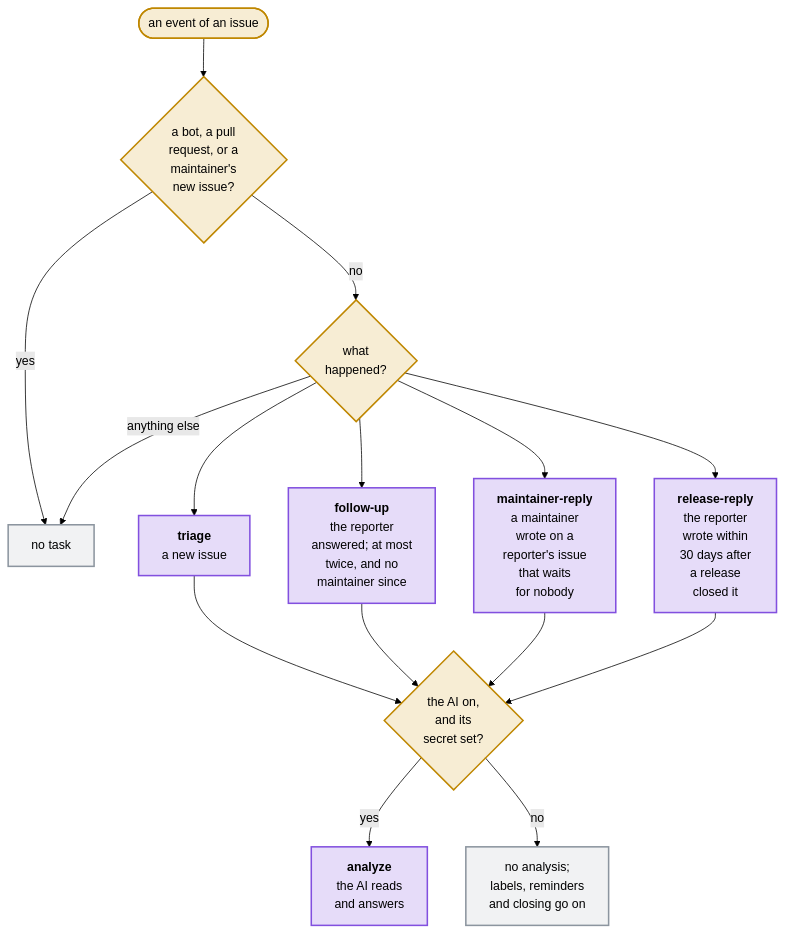
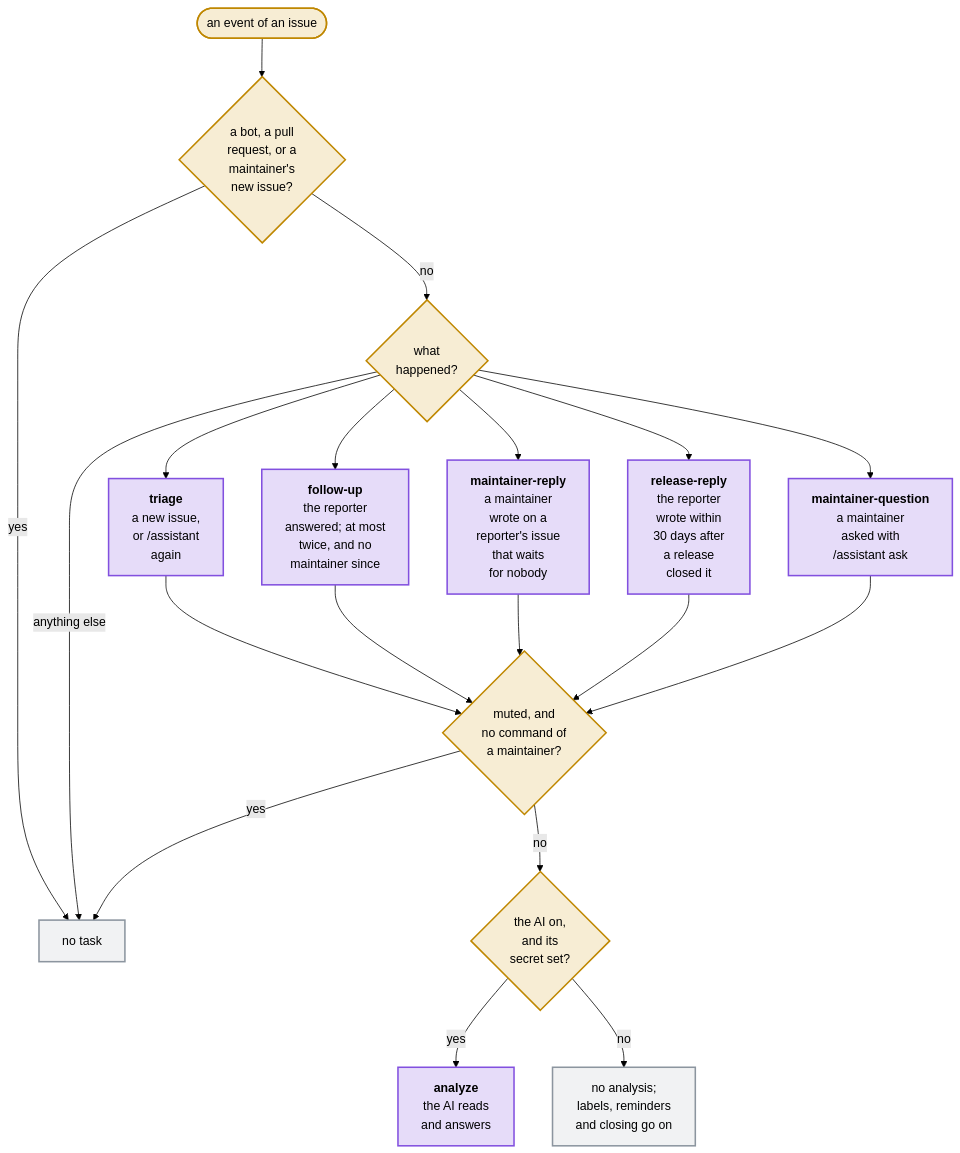
The diagram in docs/diagrams/which-task-an-event-of-an-issue-gives-the-ai.mmd (Dennis-Otto/issue-assistant), drawn with Mermaid (forest theme) before and after one commit. The commit also changed 27 other files, not shown here.

```diff
--- a/docs/diagrams/which-task-an-event-of-an-issue-gives-the-ai.mmd
+++ b/docs/diagrams/which-task-an-event-of-an-issue-gives-the-ai.mmd
@@ -1,22 +1,25 @@
 flowchart TB
   accTitle: Which task an event of an issue gives the AI
-  accDescr: An event of a bot, on a pull request, or a new issue that a maintainer opened gives the AI no task. Otherwise, a new issue gives it triage. An answer of the reporter to the assistant's questions gives it follow-up, at most twice and only while no maintainer joined the conversation since the questions. A comment of a maintainer on a reporter's issue that waits for nobody gives it maintainer-reply. A comment of the reporter within 30 days after a release closed the issue gives it release-reply. Any other event, such as a comment of someone else, gives it no task. A task runs only while the AI is on and its secret is set; otherwise no analysis comes, and labels, reminders and closing go on.
+  accDescr: An event of a bot, on a pull request, or a new issue that a maintainer opened gives the AI no task. Otherwise, a new issue, or the command /assistant again, gives it triage. An answer of the reporter to the assistant's questions gives it follow-up, at most twice and only while no maintainer joined the conversation since the questions. A comment of a maintainer on a reporter's issue that waits for nobody gives it maintainer-reply. A comment of the reporter within 30 days after a release closed the issue gives it release-reply. A maintainer's command /assistant ask gives it maintainer-question. Any other event, such as a comment of someone else, gives it no task. On an issue with the label assistant-muted, only a command of a maintainer starts a task. A task runs only while the AI is on and its secret is set; otherwise no analysis comes, and labels, reminders and closing go on.
   start(["an event of an issue"]) --> who{"a bot, a pull<br>request, or a<br>maintainer's<br>new issue?"}
   who -- "yes" --> none["no task"]
   who -- "no" --> what{"what<br>happened?"}
-  what --> triage["`**triage**<br>a new issue`"]
+  what --> triage["`**triage**<br>a new issue,<br>or /assistant<br>again`"]
   what --> followup["`**follow-up**<br>the reporter<br>answered; at most<br>twice, and no<br>maintainer since`"]
   what --> reply["`**maintainer-reply**<br>a maintainer<br>wrote on a<br>reporter's issue<br>that waits<br>for nobody`"]
   what --> persists["`**release-reply**<br>the reporter<br>wrote within<br>30 days after<br>a release<br>closed it`"]
+  what --> question["`**maintainer-question**<br>a maintainer<br>asked with<br>/assistant ask`"]
   what -- "anything else" --> none
-  triage & followup & reply & persists --> on{"the AI on,<br>and its<br>secret set?"}
+  triage & followup & reply & persists & question --> muted{"muted, and<br>no command of<br>a maintainer?"}
+  muted -- "yes" --> none
+  muted -- "no" --> on{"the AI on,<br>and its<br>secret set?"}
   on -- "yes" --> analyze["`**analyze**<br>the AI reads<br>and answers`"]
   on -- "no" --> paused["no analysis;<br>labels, reminders<br>and closing go on"]
   classDef trigger fill:#d4a72c33,stroke:#bf8700,stroke-width:2px
   classDef question fill:#d4a72c33,stroke:#bf8700,stroke-width:2px
   classDef ai fill:#8250df33,stroke:#8250df,stroke-width:2px
   classDef job fill:#8c959f1f,stroke:#8c959f,stroke-width:2px
   class start trigger
-  class who,what,on question
-  class triage,followup,reply,persists,analyze ai
+  class who,what,muted,on question
+  class triage,followup,reply,persists,question,analyze ai
   class none,paused job
```
